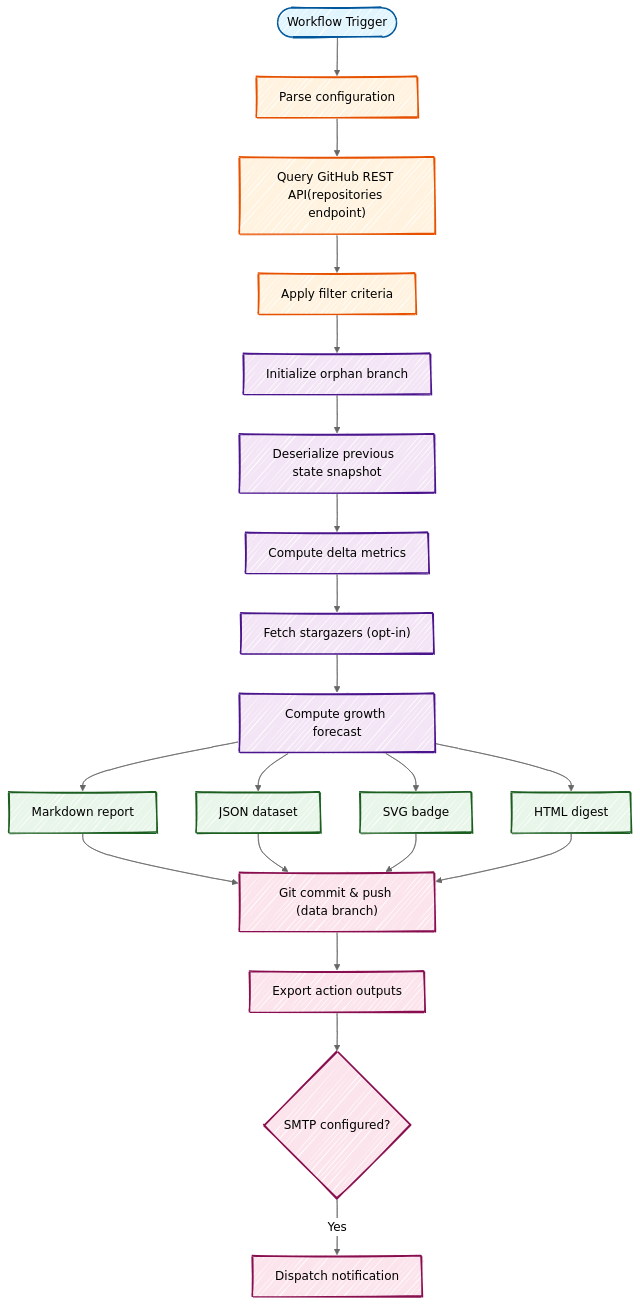
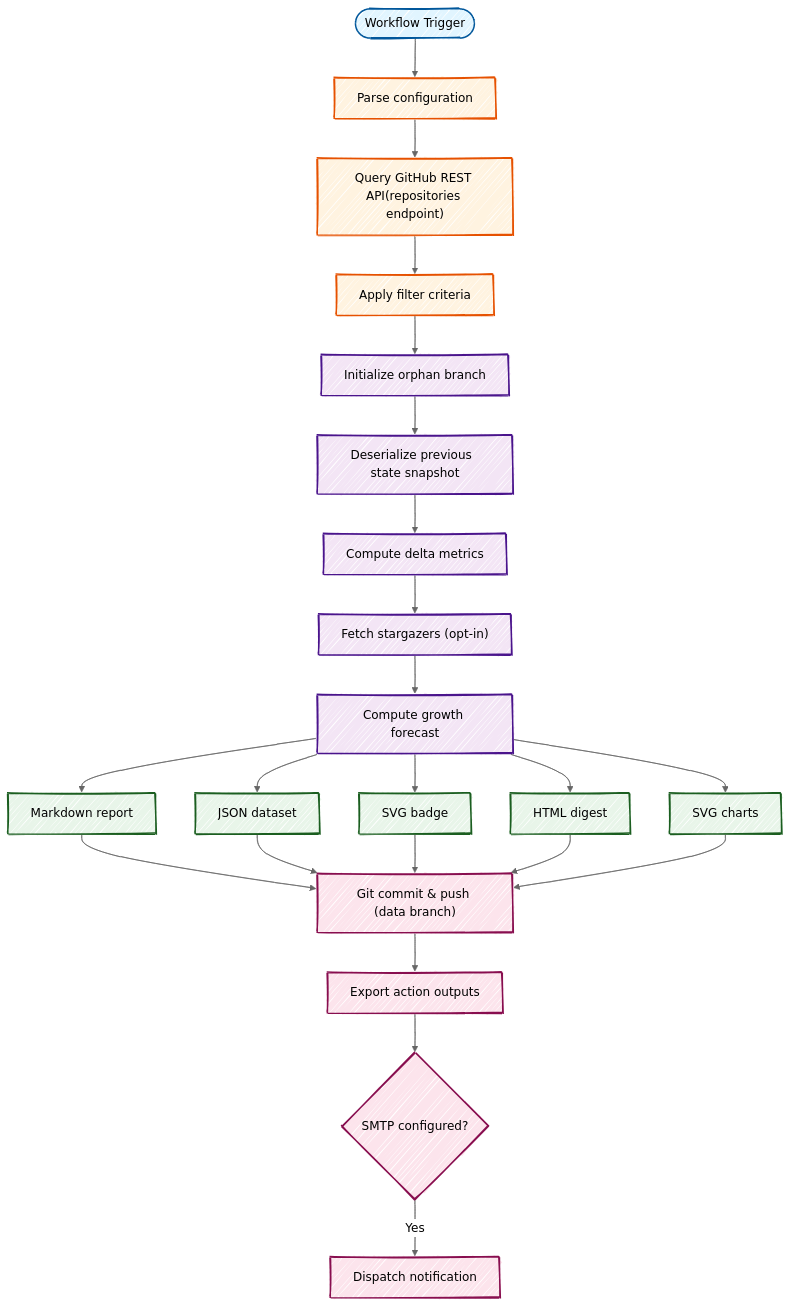
One commit to fbuireu/github-star-tracker changed the diagram in README.md. Above: the diagram before and after it, drawn with Mermaid. The commit also changed other lines of this file and 2 other files, not shown here.

````diff
--- a/README.md
+++ b/README.md
@@ -144,50 +136,52 @@
 ```mermaid
 ---
 config:
   look: handDrawn
   theme: neutral
 ---
 flowchart TD
     trigger(["Workflow Trigger"])
     config["Parse configuration"]
     fetch["Query GitHub REST API(repositories endpoint)"]
     filter["Apply filter criteria"]
     init["Initialize orphan branch"]
     read["Deserialize previous  state snapshot"]
     compare["Compute delta metrics"]
     stargazers["Fetch stargazers (opt-in)"]
     forecast["Compute growth forecast"]
     md["Markdown report"]
     json["JSON dataset"]
     svg["SVG badge"]
     html["HTML digest"]
+    charts["SVG charts"]
     commit["Git commit & push (data branch)"]
     setout["Export action outputs"]
     email{"SMTP configured?"}
     send["Dispatch notification"]
 
     trigger --> config --> fetch --> filter
     filter --> init --> read --> compare
     compare --> stargazers --> forecast
-    forecast --> md & json & svg & html
-    md & json & svg & html --> commit --> setout --> email
+    forecast --> md & json & svg & html & charts
+    md & json & svg & html & charts --> commit --> setout --> email
     email -->|Yes| send
 
     style trigger fill:#e1f5ff,stroke:#01579b,stroke-width:2px
     style config fill:#fff3e0,stroke:#e65100,stroke-width:2px
     style fetch fill:#fff3e0,stroke:#e65100,stroke-width:2px
     style filter fill:#fff3e0,stroke:#e65100,stroke-width:2px
     style init fill:#f3e5f5,stroke:#4a148c,stroke-width:2px
     style read fill:#f3e5f5,stroke:#4a148c,stroke-width:2px
     style compare fill:#f3e5f5,stroke:#4a148c,stroke-width:2px
     style stargazers fill:#f3e5f5,stroke:#4a148c,stroke-width:2px
     style forecast fill:#f3e5f5,stroke:#4a148c,stroke-width:2px
     style md fill:#e8f5e9,stroke:#1b5e20,stroke-width:2px
     style json fill:#e8f5e9,stroke:#1b5e20,stroke-width:2px
     style svg fill:#e8f5e9,stroke:#1b5e20,stroke-width:2px
     style html fill:#e8f5e9,stroke:#1b5e20,stroke-width:2px
+    style charts fill:#e8f5e9,stroke:#1b5e20,stroke-width:2px
     style commit fill:#fce4ec,stroke:#880e4f,stroke-width:2px
     style setout fill:#fce4ec,stroke:#880e4f,stroke-width:2px
     style email fill:#fce4ec,stroke:#880e4f,stroke-width:2px
     style send fill:#fce4ec,stroke:#880e4f,stroke-width:2px
 ```
````
